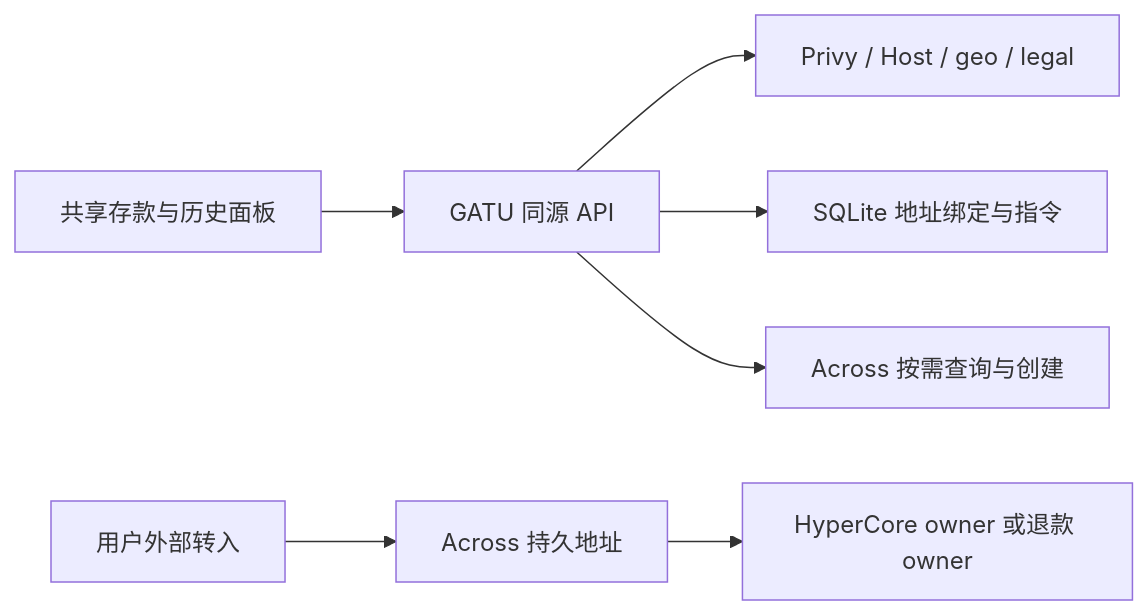
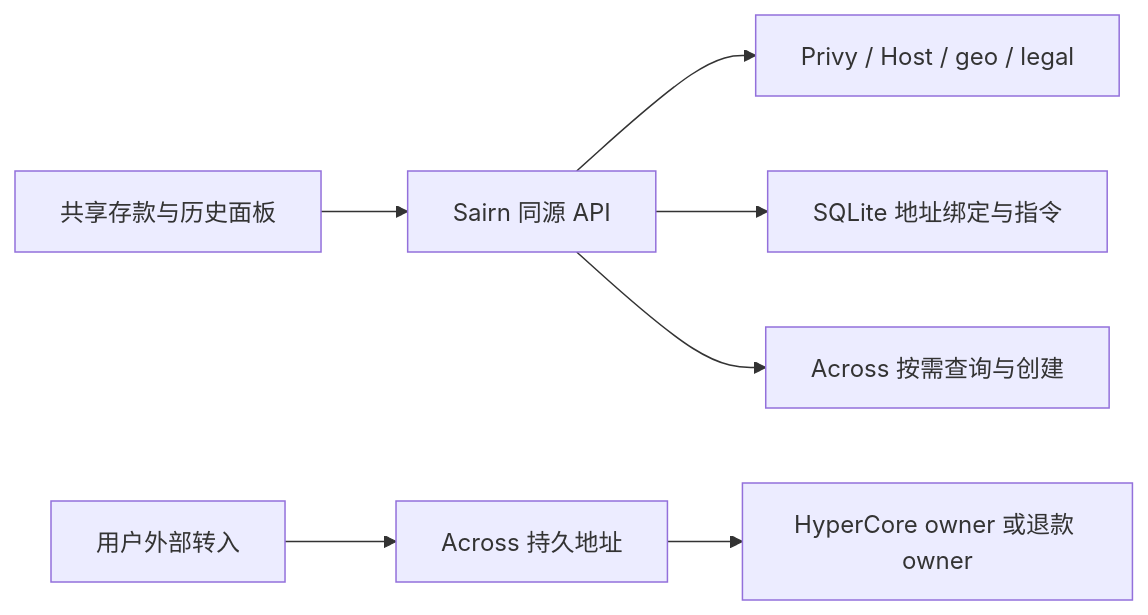
The diagram in docs/across-deposit-addresses.md (haoyu8962-netizen/gatu-app), drawn with Mermaid before and after one commit. The commit also changed other lines of this file and 154 other files, not shown here.

````diff
--- a/docs/across-deposit-addresses.md
+++ b/docs/across-deposit-addresses.md
@@ -55,9 +55,9 @@
 ```mermaid
 flowchart LR
-  UI[共享存款与历史面板] --> API[GATU 同源 API]
+  UI[共享存款与历史面板] --> API[Sairn 同源 API]
   API --> AUTH[Privy / Host / geo / legal]
   API --> DB[SQLite 地址绑定与指令]
   API --> Q[Across 按需查询与创建]
   SEND[用户外部转入] --> PDA[Across 持久地址]
   PDA --> CORE[HyperCore owner 或退款 owner]
 ```
````
